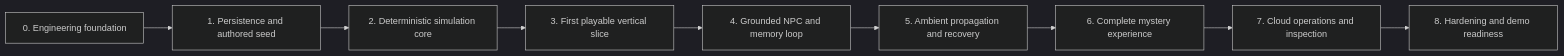
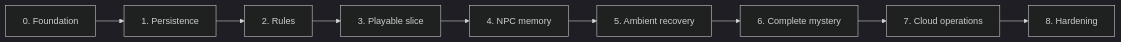
The diagram in implementation-plans/README.md (aishahsofea/the-town-remembers), drawn with Mermaid (dark theme) before and after one commit. The commit also changed other lines of this file and 4 other files, not shown here.

````diff
--- a/implementation-plans/README.md
+++ b/implementation-plans/README.md
@@ -41,11 +30,11 @@
 ```mermaid
 flowchart LR
-    P0["0. Engineering foundation"] --> P1["1. Persistence and authored seed"]
-    P1 --> P2["2. Deterministic simulation core"]
-    P2 --> P3["3. First playable vertical slice"]
-    P3 --> P4["4. Grounded NPC and memory loop"]
-    P4 --> P5["5. Ambient propagation and recovery"]
-    P5 --> P6["6. Complete mystery experience"]
-    P6 --> P7["7. Cloud operations and inspection"]
-    P7 --> P8["8. Hardening and demo readiness"]
+    P0["0. Foundation"] --> P1["1. Persistence"]
+    P1 --> P2["2. Rules"]
+    P2 --> P3["3. Playable slice"]
+    P3 --> P4["4. NPC memory"]
+    P4 --> P5["5. Ambient recovery"]
+    P5 --> P6["6. Complete mystery"]
+    P6 --> P7["7. Cloud operations"]
+    P7 --> P8["8. Hardening"]
 ```
````
